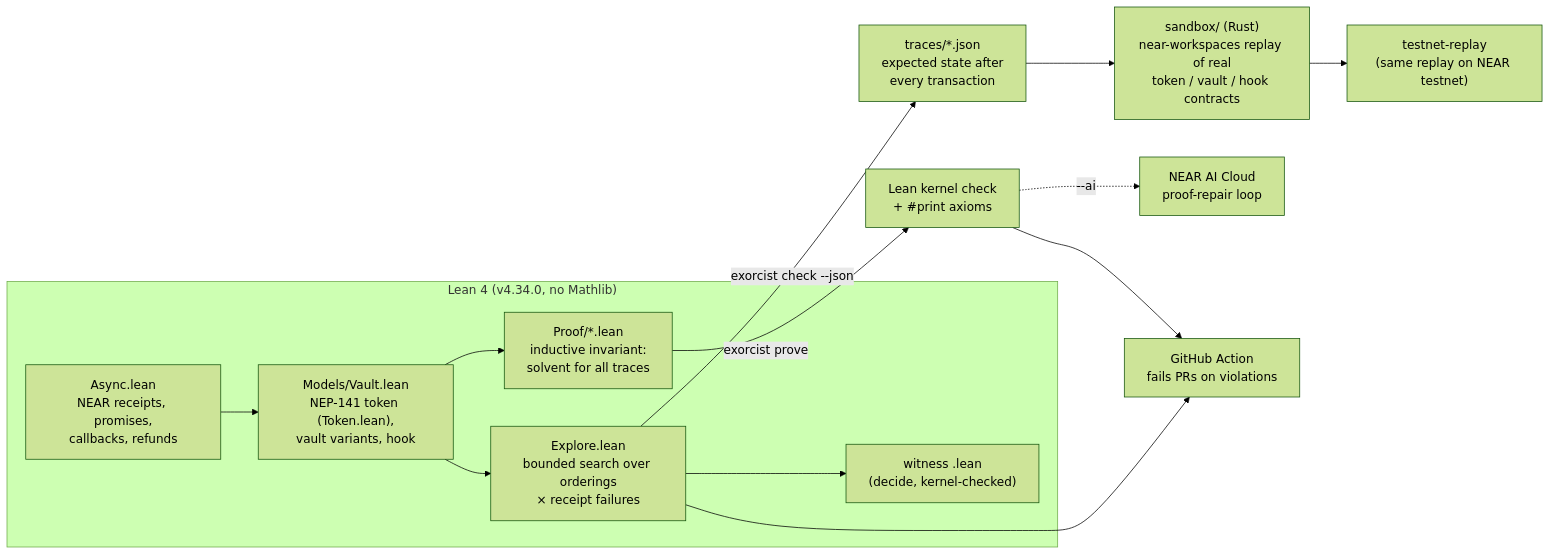
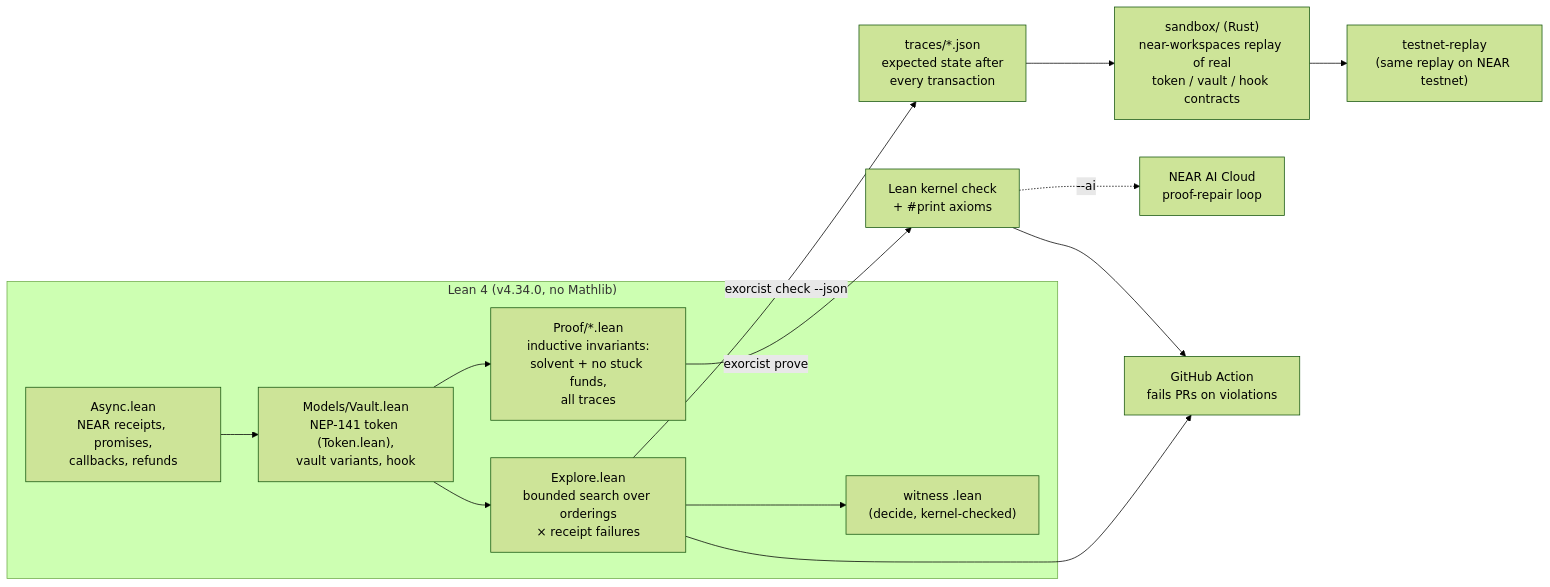
Before and after one commit to jatinsahijwani/exorcist: the diagram in docs/ARCHITECTURE.md, drawn with Mermaid (forest theme). The commit also changed other lines of this file and 5 other files, not shown here.

Commit message:
docs: no-stuck-funds proof in results/README; fixes from the fresh-clone review

````diff
--- a/docs/ARCHITECTURE.md
+++ b/docs/ARCHITECTURE.md
@@ -3,15 +3,15 @@
 ```mermaid
 flowchart LR
   subgraph Lean["Lean 4 (v4.34.0, no Mathlib)"]
     A["Async.lean<br/>NEAR receipts, promises,<br/>callbacks, refunds"] --> M["Models/Vault.lean<br/>NEP-141 token (Token.lean),<br/>vault variants, hook"]
     M --> E["Explore.lean<br/>bounded search over orderings<br/>× receipt failures"]
-    M --> P["Proof/*.lean<br/>inductive invariant:<br/>solvent for all traces"]
+    M --> P["Proof/*.lean<br/>inductive invariants:<br/>solvent + no stuck funds,<br/>all traces"]
     E --> W["witness .lean<br/>(decide, kernel-checked)"]
   end
   E -->|"exorcist check --json"| J["traces/*.json<br/>expected state after<br/>every transaction"]
   J --> S["sandbox/ (Rust)<br/>near-workspaces replay of real<br/>token / vault / hook contracts"]
   S --> T["testnet-replay<br/>(same replay on NEAR testnet)"]
   P -->|"exorcist prove"| K["Lean kernel check<br/>+ #print axioms"]
   K -.->|"--ai"| AI["NEAR AI Cloud<br/>proof-repair loop"]
   E & K --> CI["GitHub Action<br/>fails PRs on violations"]
 ```
````
